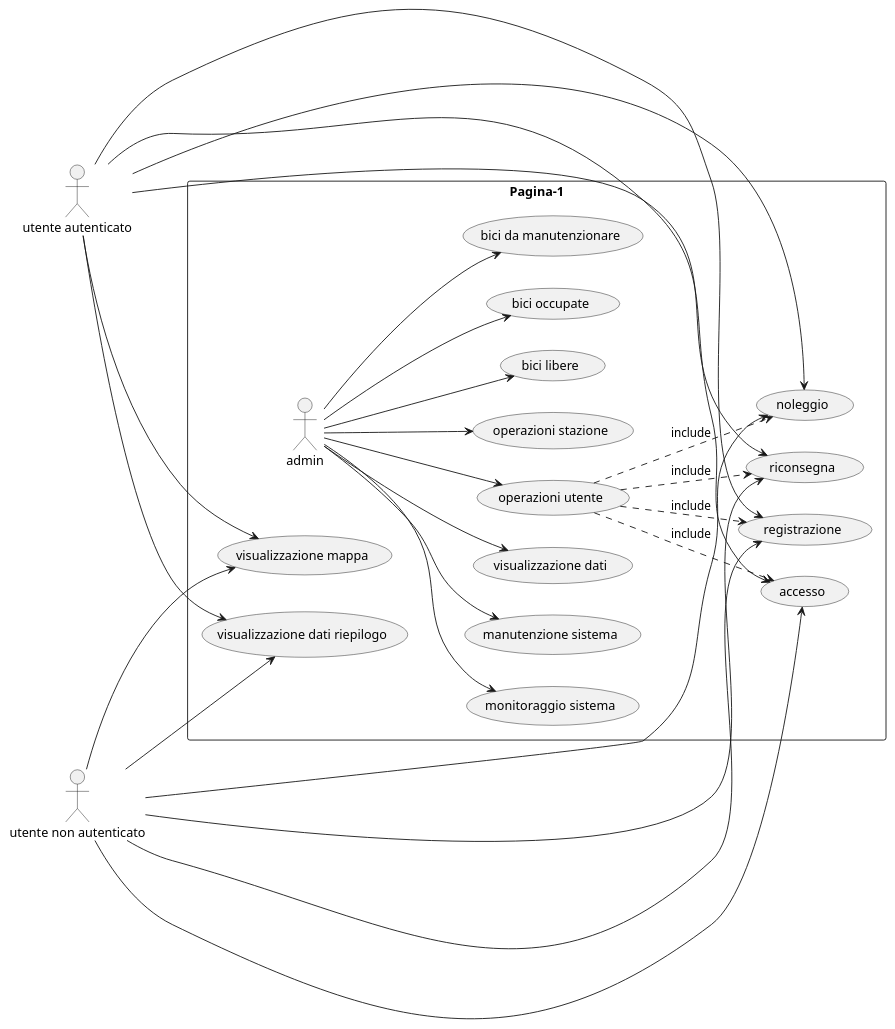
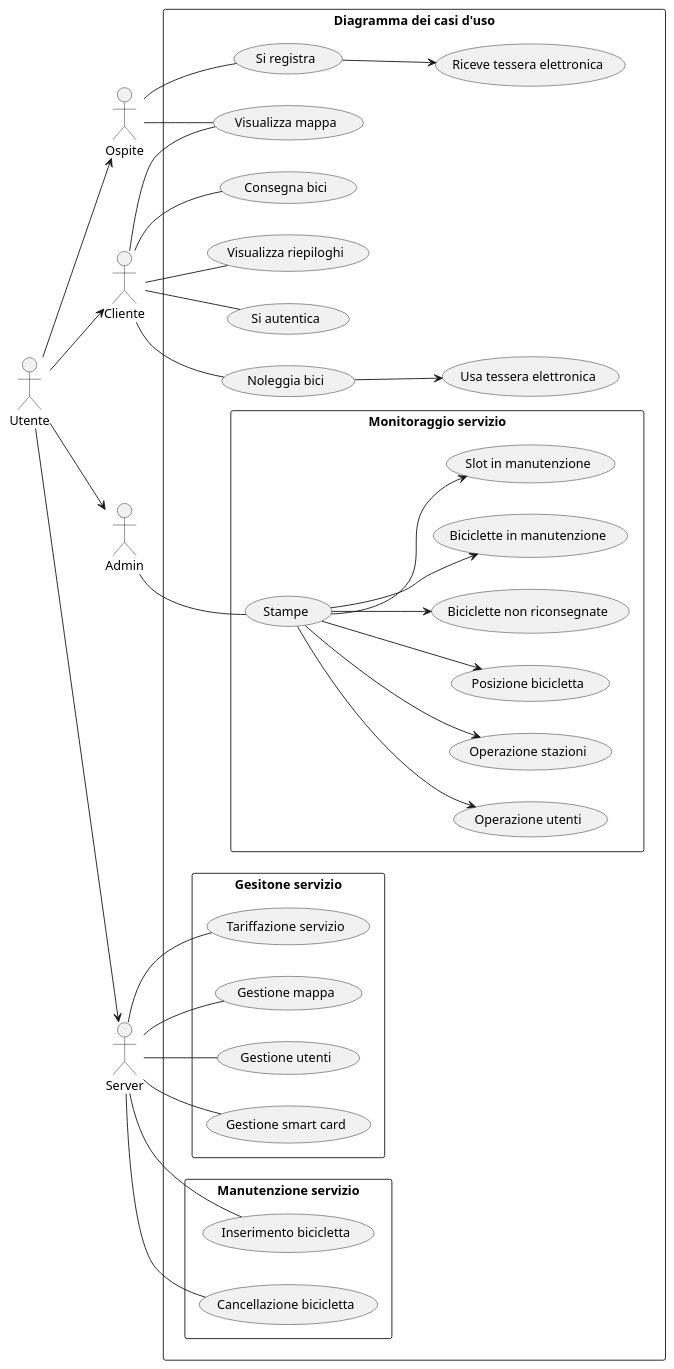
One commit to andredisa/BikeSharing_Project changed the diagram in documentation/useCase.puml. Above: the diagram before and after it, drawn with PlantUML. The commit also changed 5 other files, not shown here.

```diff
--- a/documentation/useCase.puml
+++ b/documentation/useCase.puml
@@ -1,54 +1,51 @@
-@startuml
+@startuml useCase
+left to right direction
+actor Utente
+actor Ospite
+actor Cliente
+actor Admin
+actor "Server" as S
 
-left to right direction
+Utente --> Ospite
+Utente --> Cliente
+Utente --> Admin
+Utente --> S
 
-actor "utente autenticato" as UtenteAutenticato
-actor "utente non autenticato" as UtenteNonAutenticato
+rectangle "Diagramma dei casi d'uso"{
+  Ospite -- (Visualizza mappa)
+  Ospite -- (Si registra)
+  (Si registra) --> (Riceve tessera elettronica)
 
-rectangle "Pagina-1" {
-    actor "admin" as Admin
-    usecase "monitoraggio sistema" as Monitoraggio
-    usecase "manutenzione sistema" as Manutenzione
-    usecase "visualizzazione dati" as Visualizzazione
-    usecase "operazioni utente" as OperazioniUtente
-    usecase "operazioni stazione" as OperazioniStazione
-    usecase "bici libere" as BiciLibere
-    usecase "bici occupate" as BiciOccupate
-    usecase "bici da manutenzionare" as BiciDaManutenzionare
-    usecase "registrazione" as Registrazione
-    usecase "visualizzazione mappa" as VisualizzazioneMappa
-    usecase "accesso" as Accesso
-    usecase "noleggio" as Noleggio
-    usecase "riconsegna" as Riconsegna
-    usecase "visualizzazione dati riepilogo" as VisualizzazioneRiepilogo
+  Cliente -- (Visualizza mappa)
+  Cliente -- (Visualizza riepiloghi)
+  Cliente -- (Si autentica)
+  Cliente -- (Noleggia bici)
+  (Noleggia bici) --> (Usa tessera elettronica)
+  Cliente -- (Consegna bici)
 
-    UtenteAutenticato --> (Registrazione)
-    UtenteAutenticato --> (VisualizzazioneMappa)
-    UtenteAutenticato --> (Accesso)
-    UtenteAutenticato --> (Noleggio)
-    UtenteAutenticato --> (Riconsegna)
-    UtenteAutenticato --> (VisualizzazioneRiepilogo)
+  rectangle "Monitoraggio servizio"{
+    Admin -- (Stampe)
+    (Stampe) --> (Operazione utenti)
+    (Stampe) --> (Operazione stazioni)
+    (Stampe) --> (Posizione bicicletta)
+    (Stampe) --> (Biciclette non riconsegnate)
+    (Stampe) --> (Biciclette in manutenzione)
+    (Stampe) --> (Slot in manutenzione)
 
-    UtenteNonAutenticato --> (Registrazione)
-    UtenteNonAutenticato --> (VisualizzazioneMappa)
-    UtenteNonAutenticato --> (Accesso)
-    UtenteNonAutenticato --> (Noleggio)
-    UtenteNonAutenticato --> (Riconsegna)
-    UtenteNonAutenticato --> (VisualizzazioneRiepilogo)
+  }
 
-    Admin --> Monitoraggio
-    Admin --> Manutenzione
-    Admin --> Visualizzazione
-    Admin --> OperazioniUtente
-    Admin --> OperazioniStazione
-    Admin --> BiciLibere
-    Admin --> BiciOccupate
-    Admin --> BiciDaManutenzionare
+  rectangle "Manutenzione servizio"{
+    S -- (Inserimento bicicletta)
+    S -- (Cancellazione bicicletta)
+  }
 
-    OperazioniUtente ..> (Registrazione) : include
-    OperazioniUtente ..> (Accesso) : include
-    OperazioniUtente ..> (Noleggio) : include
-    OperazioniUtente ..> (Riconsegna) : include
+  rectangle "Gesitone servizio"{
+    S -- (Tariffazione servizio)
+    S -- (Gestione mappa)
+    S -- (Gestione utenti)
+    S -- (Gestione smart card)
+  }
+
 }
 
 @enduml
```
